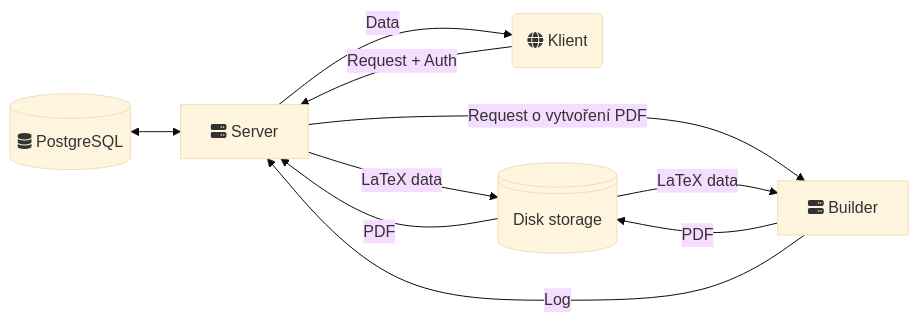
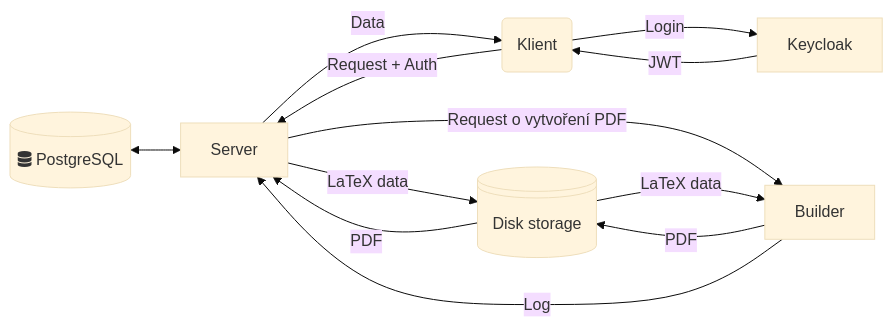
The diagram in README.md (fykosak/problem-manager), drawn with Mermaid (base theme) before and after one commit. The commit also changed 4 other files, not shown here.

````diff
--- a/README.md
+++ b/README.md
@@ -11,13 +11,15 @@
 ```mermaid
 flowchart LR
-    A[fa:fa-server Server] -->|Data| B(fa:fa-globe Klient)
-    B --> |Request + Auth| A
-    C[(fa:fa-database PostgreSQL)] <--> A
-    E@{ shape: lin-cyl, label: "Disk storage" }
-    A --> |LaTeX data| E
-    D --> |PDF| E
-    A --> |Request o vytvoření PDF| D[fa:fa-server Builder]
-    E --> |LaTeX data| D
-    E --> |PDF| A
-    D --> |Log| A
+    C[("fa:fa-database PostgreSQL")] <--> A
+    B -- Login --> F
+    F["Keycloak"] -- JWT --> B
+    A["Server"] -- Data --> B("Klient")
+    B -- Request + Auth --> A
+    A -- LaTeX data --> E["Disk storage"]
+    D["Builder"] -- PDF --> E
+    A -- Request o vytvoření PDF --> D
+    E -- LaTeX data --> D
+    E -- PDF --> A
+    D -- Log --> A
+    E@{ shape: lin-cyl}
 ```
````
